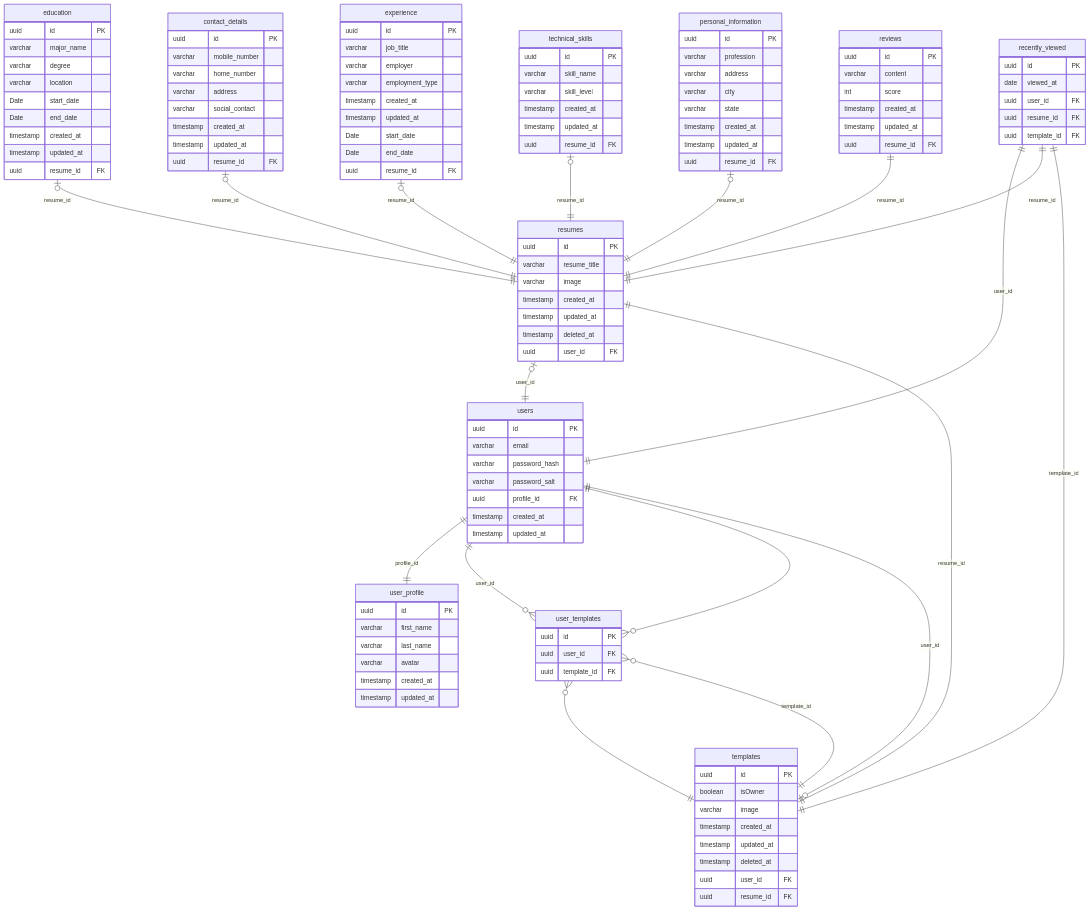
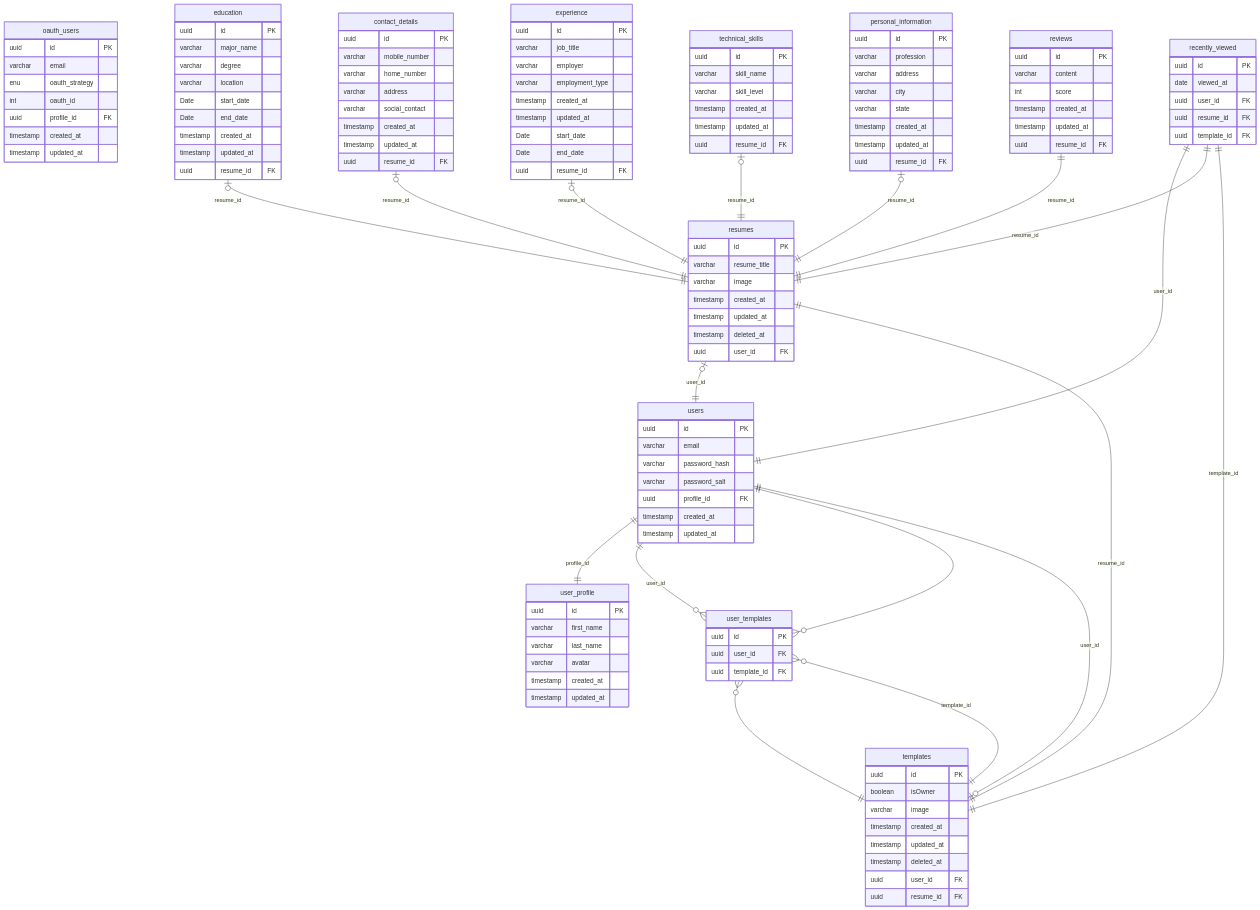
One commit to BinaryStudioAcademy/bsa-winter-2023-2024-resumegemm changed the diagram in readme.md. Above: the diagram before and after it, drawn with Mermaid.

Commit message:
rg-51: * diagram with new table

```diff
--- a/readme.md
+++ b/readme.md
@@ -49,6 +49,15 @@
         varchar email
         varchar password_hash
         varchar password_salt
+        uuid profile_id FK
+        timestamp created_at
+        timestamp updated_at
+    }
+    oauth_users {
+        uuid id PK
+        varchar email
+        enu oauth_strategy
+        int oauth_id
         uuid profile_id FK
         timestamp created_at
         timestamp updated_at
```
